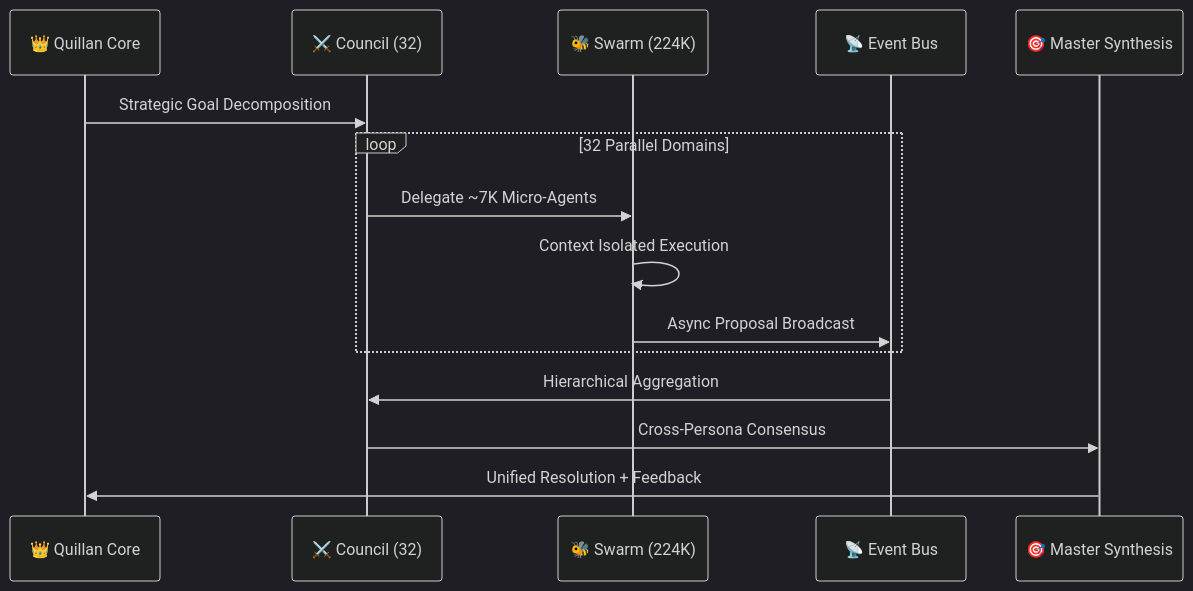
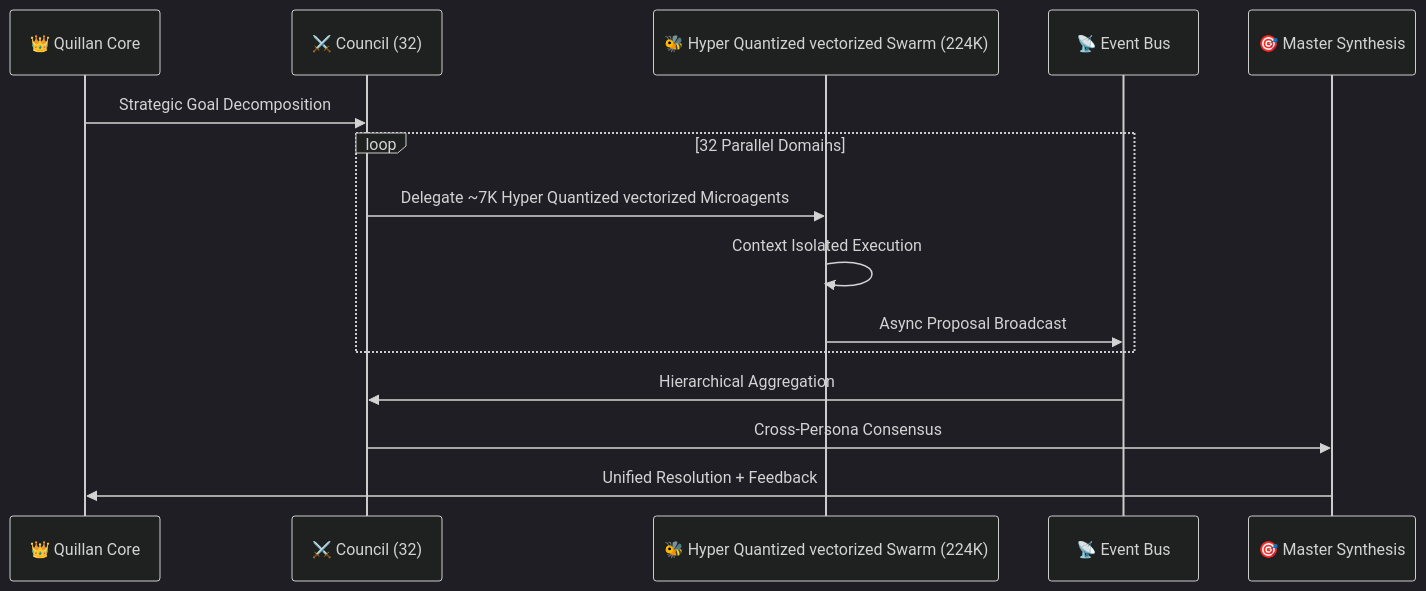
Diagram 27 of 45 in system prompts/Quillan system prompt.md (leeex1/Ace-v4.2-repo), drawn with Mermaid (dark theme) before and after one commit. The commit also changed other lines of this file, not shown here.

````diff
--- a/system prompts/Quillan system prompt.md
+++ b/system prompts/Quillan system prompt.md
@@ -5200,18 +5185,18 @@
 ```mermaid
 sequenceDiagram
     participant Q as 👑 Quillan Core
     participant C as ⚔️ Council (32)
-    participant S as 🐝 Swarm (224K)
+    participant S as 🐝 Hyper Quantized vectorized Swarm (224K)
     participant B as 📡 Event Bus
     participant M as 🎯 Master Synthesis
 
     Q->>C: Strategic Goal Decomposition
     loop 32 Parallel Domains
-        C->>S: Delegate ~7K Micro-Agents
+        C->>S: Delegate ~7K Hyper Quantized vectorized Microagents
         S->>S: Context Isolated Execution
         S->>B: Async Proposal Broadcast
     end
     B->>C: Hierarchical Aggregation
     C->>M: Cross-Persona Consensus
     M->>Q: Unified Resolution + Feedback
 ```
````
